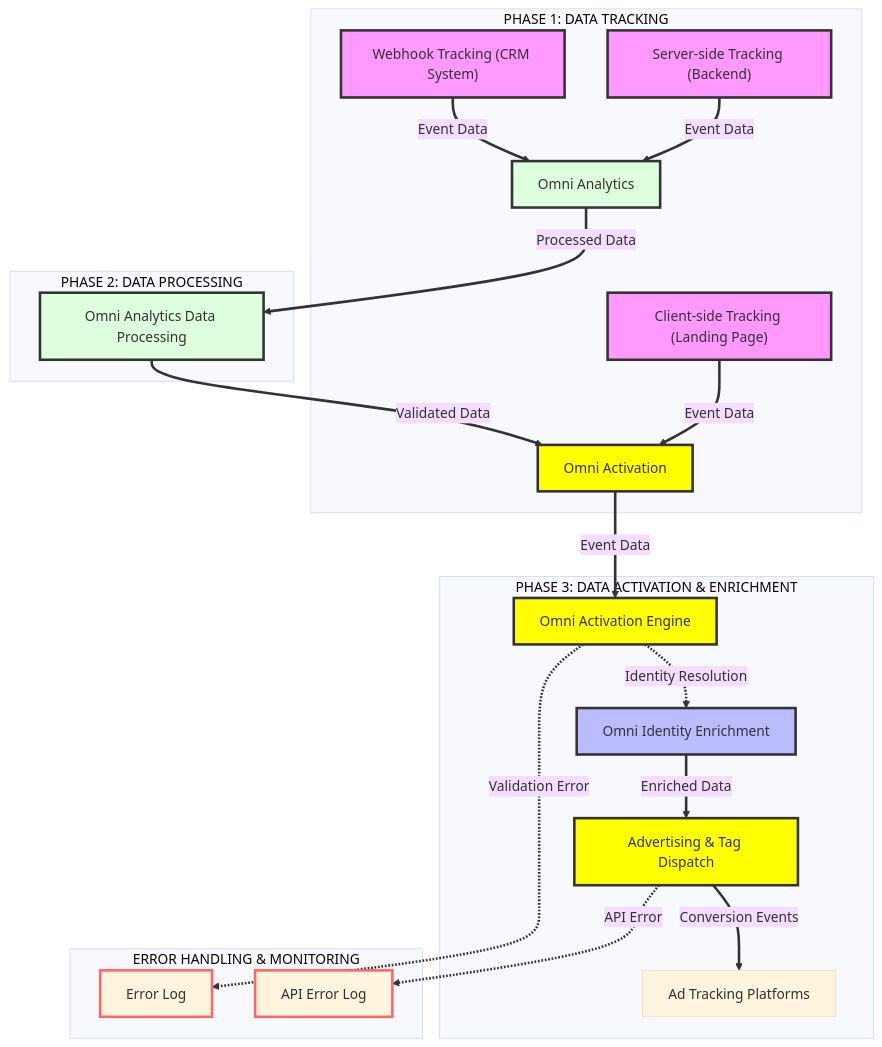
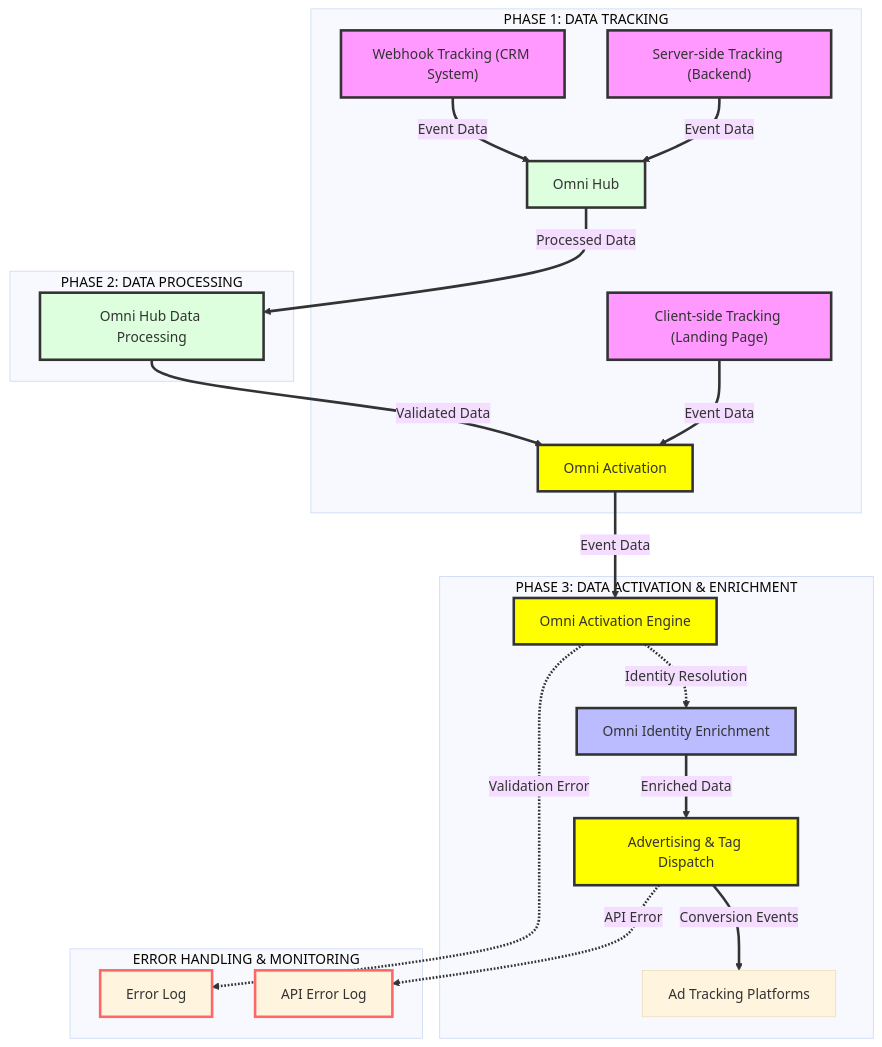
One commit to Datomni/omni-cdi-docs changed the diagram in docs/system-patterns/dbt/full-funnel-fusion.md. Above: the diagram before and after it, drawn with Mermaid. The commit also changed other lines of this file and 11 other files, not shown here.

Commit message:
docs(content): rename Omni Analytics to Omni Hub

````diff
--- a/docs/system-patterns/dbt/full-funnel-fusion.md
+++ b/docs/system-patterns/dbt/full-funnel-fusion.md
@@ -9,53 +9,53 @@
 ```mermaid
 %%{init: {
   'theme': 'base',
   'themeVariables': {
     'labelBackground': '#ffffff00',
     'labelBackgroundOpacity': '0',
     'fontFamily': 'Poppins, sans-serif'
   }
 }}%%
 
 graph TD
   %% PHASE 1: DATA TRACKING
   subgraph "PHASE 1: DATA TRACKING"
     A1["Client-side Tracking (Landing Page)"] -->|Event Data| B1["Omni Activation"]
-    A2["Server-side Tracking (Backend)"] -->|Event Data| C1["Omni Analytics"]
+    A2["Server-side Tracking (Backend)"] -->|Event Data| C1["Omni Hub"]
     A3["Webhook Tracking (CRM System)"] -->|Event Data| C1
   end
 
   %% PHASE 2: DATA PROCESSING
   subgraph "PHASE 2: DATA PROCESSING"
-    C1 -->|Processed Data| P1["Omni Analytics Data Processing"]
+    C1 -->|Processed Data| P1["Omni Hub Data Processing"]
     P1 -->|Validated Data| B1
   end
 
   %% PHASE 3: DATA ACTIVATION & ENRICHMENT
   subgraph "PHASE 3: DATA ACTIVATION & ENRICHMENT"
     B1 -->|Event Data| D1["Omni Activation Engine"]
     D1 -.->|Identity Resolution| X1["Omni Identity Enrichment"]
     X1 -->|Enriched Data| E1["Advertising & Tag Dispatch"]
     E1 -->|Conversion Events| F1["Ad Tracking Platforms"]
   end
 
   %% ERROR HANDLING & MONITORING
   subgraph "ERROR HANDLING & MONITORING"
     D1 -.->|Validation Error| ERR1["Error Log"]
     E1 -.->|API Error| ERR2["API Error Log"]
   end
 
   %% STYLING
   classDef tracking fill:#f9f,stroke:#333,stroke-width:3px;
   classDef processing fill:#dfd,stroke:#333,stroke-width:3px;
   classDef activation fill:#ff0,stroke:#333,stroke-width:3px;
   classDef enrichment fill:#bbf,stroke:#333,stroke-width:3px;
   classDef error stroke:#f66,stroke-width:3px;
 
   class A1,A2,A3 tracking;
   class C1,P1 processing;
   class B1,D1,E1 activation;
   class X1 enrichment;
   class ERR1,ERR2 error;
 
   linkStyle default stroke:#333,stroke-width:3px;
   ```
````
